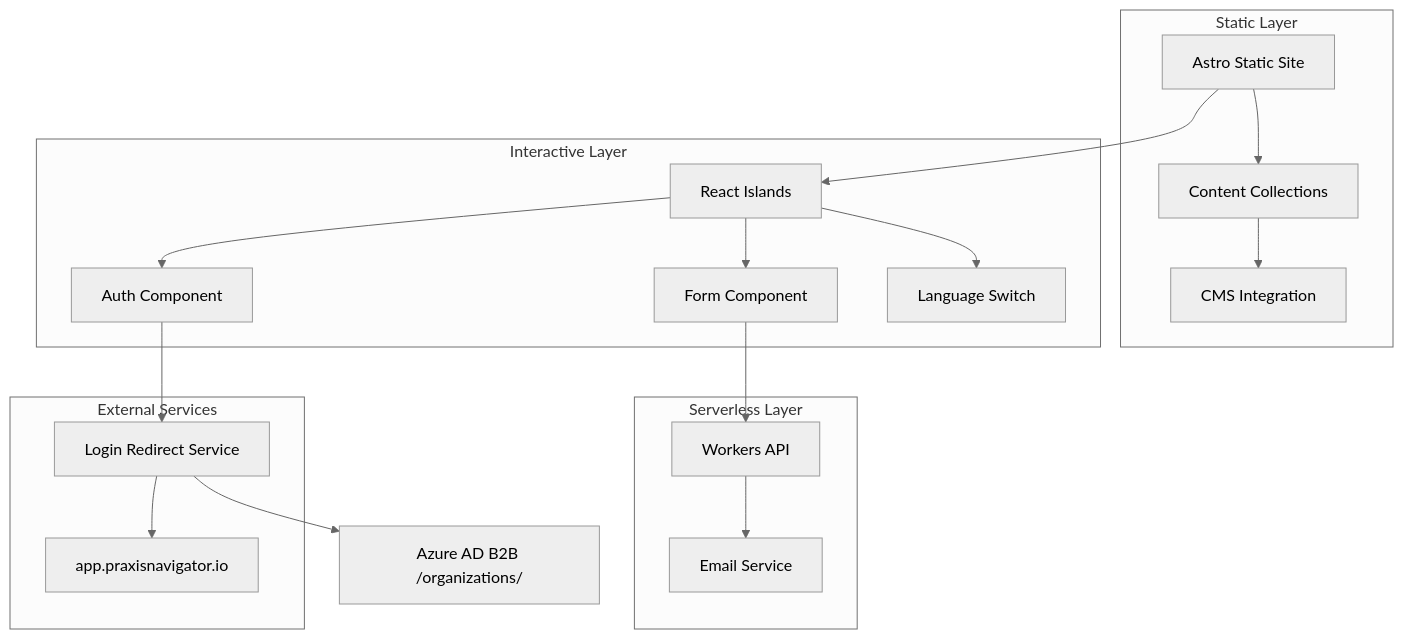
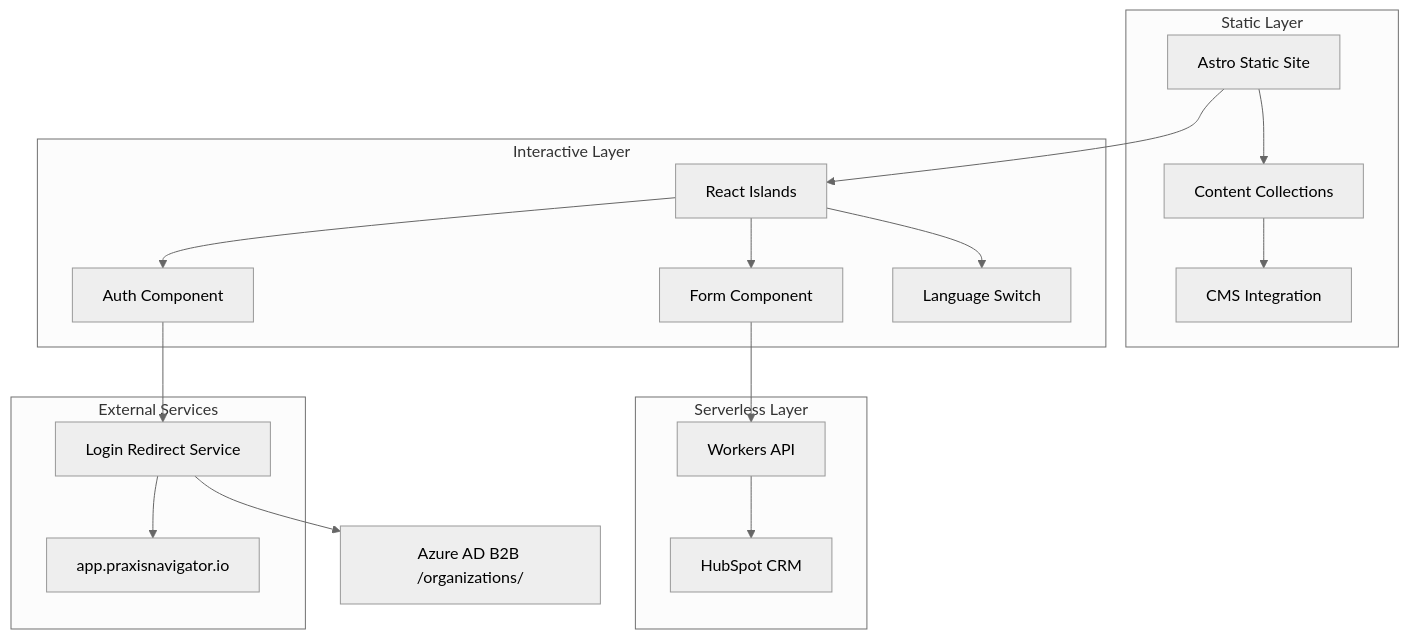
The second of 5 diagrams in docs/architecture.md (Praxis-Security-Labs/website), drawn with Mermaid (neutral theme) before and after one commit. The commit also changed other lines of this file and 3 other files, not shown here.

````diff
--- a/docs/architecture.md
+++ b/docs/architecture.md
@@ -511,37 +511,37 @@
 ```mermaid
 graph TD
     A[Astro Static Site] --> B[React Islands]
     A --> C[Content Collections]
     B --> D[Auth Component]
     B --> E[Form Component]
     B --> F[Language Switch]
     D --> G[Login Redirect Service]
     E --> H[Workers API]
     C --> I[CMS Integration]
-    H --> J[Email Service]
+    H --> J[HubSpot CRM]
     G --> K[app.praxisnavigator.io]
     G --> L[Azure AD B2B /organizations/]
     
     subgraph "Static Layer"
         A
         C
         I
     end
     
     subgraph "Interactive Layer" 
         B
         D
         E
         F
     end
     
     subgraph "Serverless Layer"
         H
         J
     end
     
     subgraph "External Services"
         G
         K
     end
 ```
````
